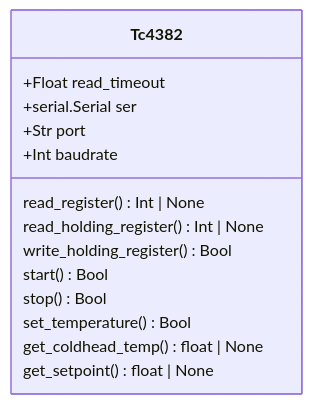
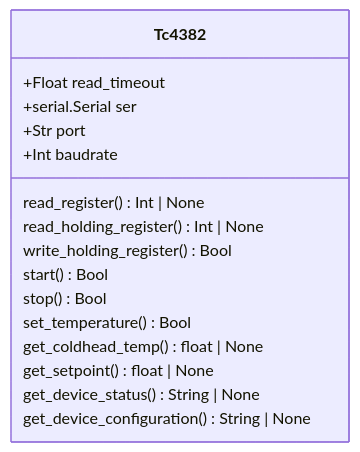
Before and after one commit to COO-Utilities/lihan: the diagram in README.md, drawn with Mermaid. The commit also changed other lines of this file, not shown here.

````diff
--- a/README.md
+++ b/README.md
@@ -64,17 +70,19 @@
 ```mermaid
 classDiagram
     class Tc4382 {
         +Float read_timeout
         +serial.Serial ser
         +Str port
         +Int baudrate
         read_register() Int | None
         read_holding_register() Int | None
         write_holding_register() Bool
         start() Bool
         stop() Bool
         set_temperature() Bool
         get_coldhead_temp() float | None
         get_setpoint() float | None
+        get_device_status() String | None
+        get_device_configuration() String | None
     }
 ```
````
